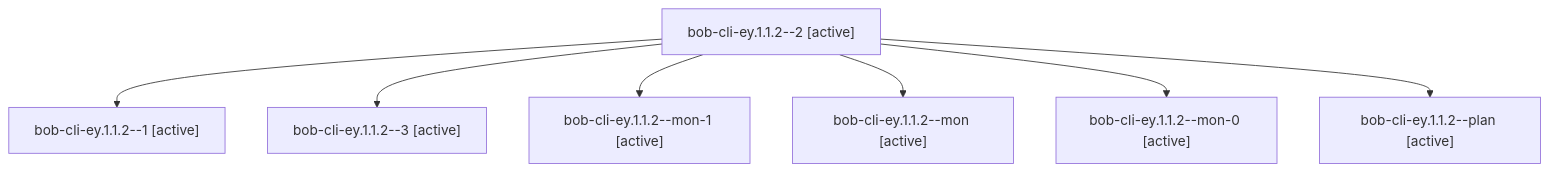
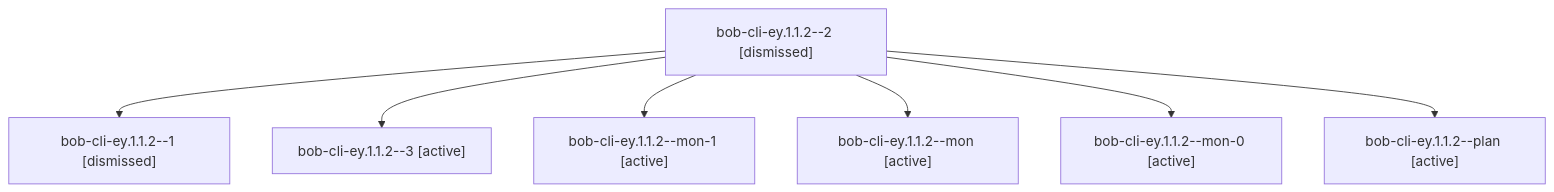
Before and after one commit to bobs-org/bob-cli--agents: the diagram in sessions/bbugyi200.apollo.bob-cli-ey.1.1.2.md, drawn with Mermaid. The commit also changed other lines of this file and 310 other files, not shown here.

````diff
--- a/sessions/bbugyi200.apollo.bob-cli-ey.1.1.2.md
+++ b/sessions/bbugyi200.apollo.bob-cli-ey.1.1.2.md
@@ -9,16 +9,16 @@
 ```mermaid
 flowchart TD
-  n0["bob-cli-ey.1.1.2--2 [active]"]
-  n1["bob-cli-ey.1.1.2--1 [active]"]
+  n0["bob-cli-ey.1.1.2--2 [dismissed]"]
+  n1["bob-cli-ey.1.1.2--1 [dismissed]"]
   n0 --> n1
   n2["bob-cli-ey.1.1.2--3 [active]"]
   n0 --> n2
   n3["bob-cli-ey.1.1.2--mon-1 [active]"]
   n0 --> n3
   n4["bob-cli-ey.1.1.2--mon [active]"]
   n0 --> n4
   n5["bob-cli-ey.1.1.2--mon-0 [active]"]
   n0 --> n5
   n6["bob-cli-ey.1.1.2--plan [active]"]
   n0 --> n6
 ```
````
